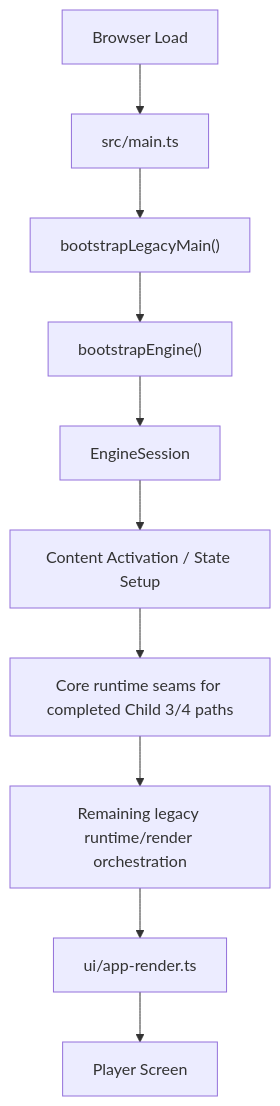
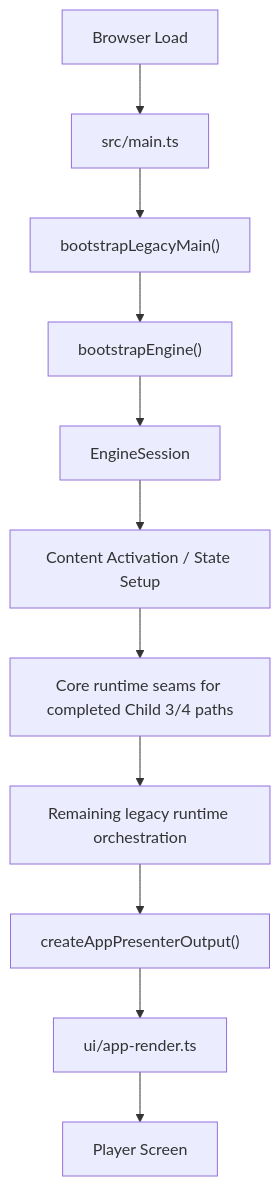
One commit to MA141277/RPG_TG changed the second of 6 diagrams in docs/superpowers/weekly/2026-06-29-weekly-architecture-report.md. Above: the diagram before and after it, drawn with Mermaid. The commit also changed other lines of this file and 16 other files, not shown here.

````diff
--- a/docs/superpowers/weekly/2026-06-29-weekly-architecture-report.md
+++ b/docs/superpowers/weekly/2026-06-29-weekly-architecture-report.md
@@ -77,12 +80,13 @@
 ```mermaid
 flowchart TD
     A["Browser Load"] --> B["src/main.ts"]
     B --> C["bootstrapLegacyMain()"]
     C --> D["bootstrapEngine()"]
     D --> E["EngineSession"]
     E --> F["Content Activation / State Setup"]
     F --> G["Core runtime seams for completed Child 3/4 paths"]
-    G --> H["Remaining legacy runtime/render orchestration"]
-    H --> I["ui/app-render.ts"]
+    G --> H["Remaining legacy runtime orchestration"]
+    H --> P["createAppPresenterOutput()"]
+    P --> I["ui/app-render.ts"]
     I --> J["Player Screen"]
 ```
````
